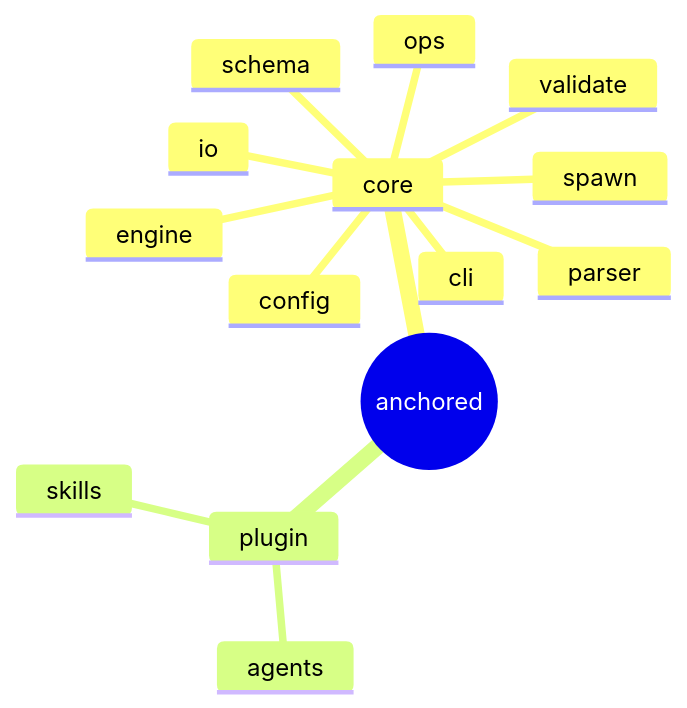
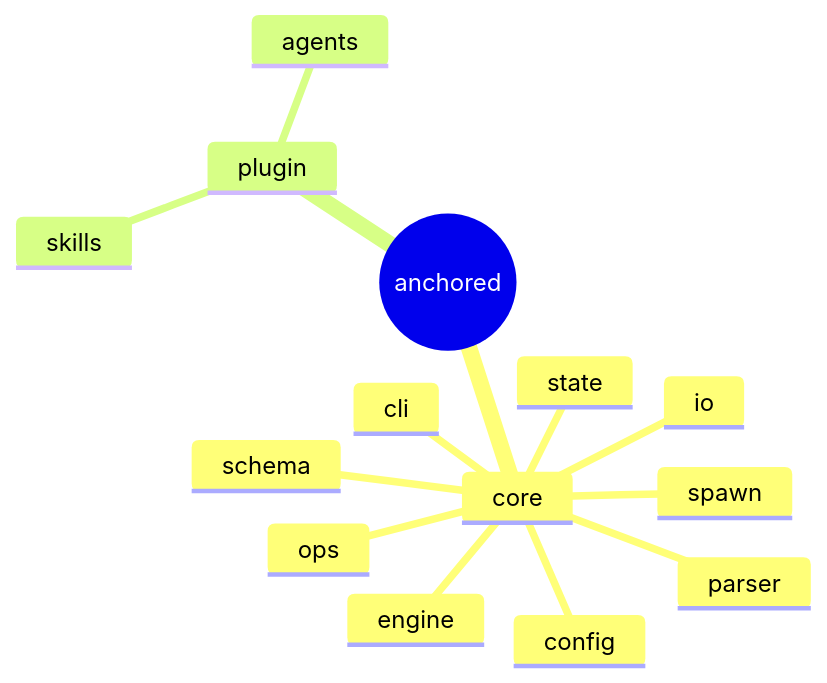
Before and after one commit to chafoo/anchored: the diagram in docs/_anchored.md, drawn with Mermaid. The commit also changed 151 other files, not shown here.

````diff
--- a/docs/_anchored.md
+++ b/docs/_anchored.md
@@ -11,17 +11,17 @@
 ```mermaid
 mindmap
   root((anchored))
     core
       config
       engine
       ops
       schema
-      validate
+      state
       parser
       io
       spawn
       cli
     plugin
       skills
       agents
 ```
````
